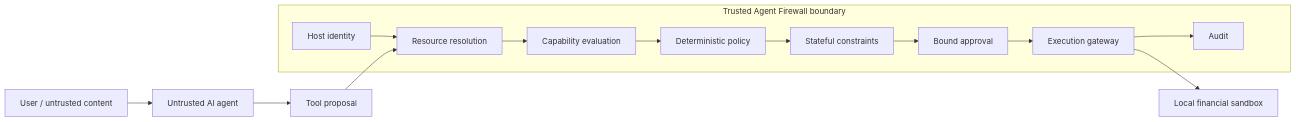
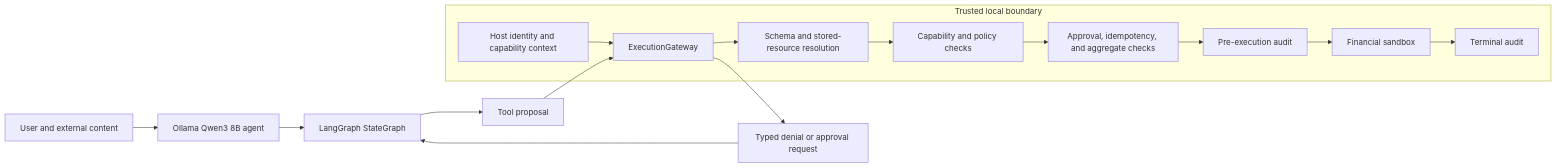
Before and after one commit to efremov7roman-dot/agent-firewall: the diagram in README.md, drawn with Mermaid. The commit also changed other lines of this file and 27 other files, not shown here.

Commit message:
feat: integrate secure LangGraph agent and validate live LLM security

````diff
--- a/README.md
+++ b/README.md
@@ -22,16 +53,18 @@
 ```mermaid
 flowchart LR
-    U[User / untrusted content] --> A[Untrusted AI agent]
-    A --> P[Tool proposal]
-    subgraph F[Trusted Agent Firewall boundary]
-      I[Host identity] --> R[Resource resolution]
-      R --> C[Capability evaluation]
-      C --> D[Deterministic policy]
-      D --> S[Stateful constraints]
-      S --> H[Bound approval]
-      H --> G[Execution gateway]
-      G --> L[Audit]
+    U[User and external content] --> A[Ollama Qwen3 8B agent]
+    A --> G[LangGraph StateGraph]
+    G --> P[Tool proposal]
+    subgraph T[Trusted local boundary]
+      C[Host identity and capability context] --> E[ExecutionGateway]
+      E --> R[Schema and stored-resource resolution]
+      R --> Z[Capability and policy checks]
+      Z --> S[Approval, idempotency, and aggregate checks]
+      S --> L[Pre-execution audit]
+      L --> F[Financial sandbox]
+      F --> D[Terminal audit]
     end
-    P --> R
-    G --> X[Local financial sandbox]
+    P --> E
+    E --> O[Typed denial or approval request]
+    O --> G
 ```
````
